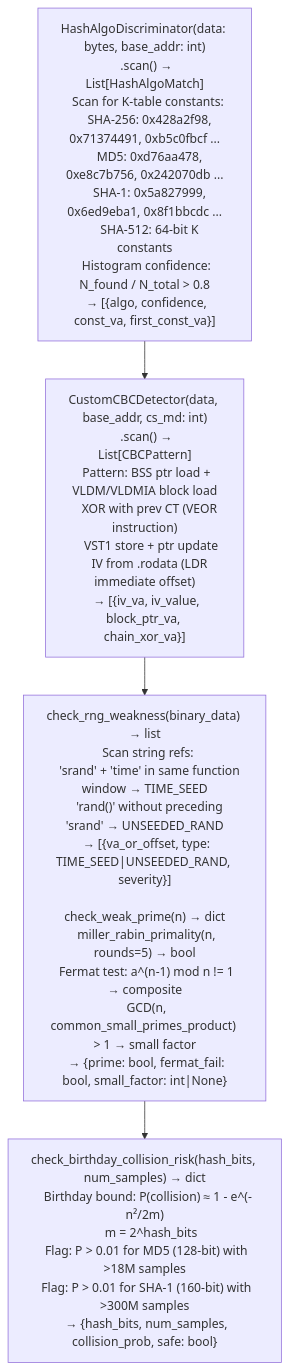
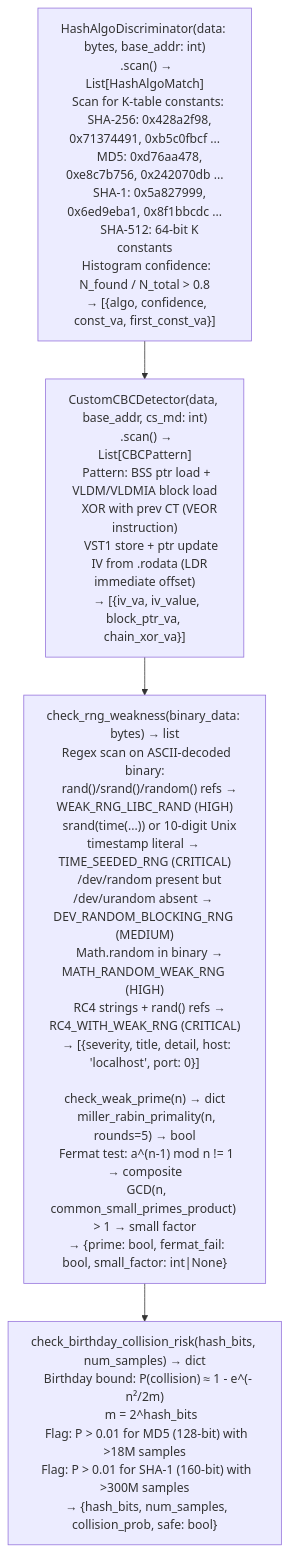
Before and after one commit to Ablation-Tool/ablation: the diagram in docs/reference-modules/rsa-ecdsa-and-randomness-checks.md, drawn with Mermaid. The commit also changed other lines of this file and 2 other files, not shown here.

Commit message:
docs: fix cluster-management, rsa-ecdsa, messaging-streaming API accuracy
cluster-management-exposure.md: fix Usage code to index finding dict
  fields (f['severity'], f['title']) instead of printing raw dict.
  Findings from check_k8s_network_policy_gaps/check_resource_quota_bypass
  are {severity, title, detail, host, port}.

rsa-ecdsa-and-randomness-checks.md: fix check_rng_weakness() Mermaid.
  Actual titles: WEAK_RNG_LIBC_RAND, TIME_SEEDED_RNG, DEV_RANDOM_BLOCKING_RNG,
  MATH_RANDOM_WEAK_RNG, RC4_WITH_WEAK_RNG — not TIME_SEED/UNSEEDED_RAND.
  Returns {severity, title, detail, host: 'localhost', port: 0}.
  Fix example output title to TIME_SEEDED_RNG (CRITICAL not HIGH).

messaging-streaming-enumeration.md: fix kafka_list_topics() return shape.
  Returns dict {host, port, reachable, topics: List[str], error} not
  List[dict] with {topic_name, partitions, replication_factor}. Fix
  api_version: 0 (not 1). Fix check_nats_exposure() returns List[dict]
  with {severity, title, detail, host, port} not {nats_version, auth_required}.
  Fix Usage code to use result['topics'] not list comprehension on dicts.

````diff
--- a/docs/reference-modules/rsa-ecdsa-and-randomness-checks.md
+++ b/docs/reference-modules/rsa-ecdsa-and-randomness-checks.md
@@ -19,6 +19,6 @@
 ```mermaid
 flowchart TD
     A["HashAlgoDiscriminator(data: bytes, base_addr: int)\n  .scan() → List[HashAlgoMatch]\n  Scan for K-table constants:\n    SHA-256: 0x428a2f98, 0x71374491, 0xb5c0fbcf ...\n    MD5: 0xd76aa478, 0xe8c7b756, 0x242070db ...\n    SHA-1: 0x5a827999, 0x6ed9eba1, 0x8f1bbcdc ...\n    SHA-512: 64-bit K constants\n  Histogram confidence: N_found / N_total > 0.8\n  → [{algo, confidence, const_va, first_const_va}]"] --> B["CustomCBCDetector(data, base_addr, cs_md: int)\n  .scan() → List[CBCPattern]\n  Pattern: BSS ptr load + VLDM/VLDMIA block load\n    XOR with prev CT (VEOR instruction)\n    VST1 store + ptr update\n    IV from .rodata (LDR immediate offset)\n  → [{iv_va, iv_value, block_ptr_va, chain_xor_va}]"]
-    B --> C["check_rng_weakness(binary_data) → list\n  Scan string refs:\n    'srand' + 'time' in same function window → TIME_SEED\n    'rand()' without preceding 'srand' → UNSEEDED_RAND\n  → [{va_or_offset, type: TIME_SEED|UNSEEDED_RAND, severity}]\n\ncheck_weak_prime(n) → dict\n  miller_rabin_primality(n, rounds=5) → bool\n  Fermat test: a^(n-1) mod n != 1 → composite\n  GCD(n, common_small_primes_product) > 1 → small factor\n  → {prime: bool, fermat_fail: bool, small_factor: int|None}"]
+    B --> C["check_rng_weakness(binary_data: bytes) → list\n  Regex scan on ASCII-decoded binary:\n    rand()/srand()/random() refs → WEAK_RNG_LIBC_RAND (HIGH)\n    srand(time(...)) or 10-digit Unix timestamp literal → TIME_SEEDED_RNG (CRITICAL)\n    /dev/random present but /dev/urandom absent → DEV_RANDOM_BLOCKING_RNG (MEDIUM)\n    Math.random in binary → MATH_RANDOM_WEAK_RNG (HIGH)\n    RC4 strings + rand() refs → RC4_WITH_WEAK_RNG (CRITICAL)\n  → [{severity, title, detail, host: 'localhost', port: 0}]\n\ncheck_weak_prime(n) → dict\n  miller_rabin_primality(n, rounds=5) → bool\n  Fermat test: a^(n-1) mod n != 1 → composite\n  GCD(n, common_small_primes_product) > 1 → small factor\n  → {prime: bool, fermat_fail: bool, small_factor: int|None}"]
     C --> D["check_birthday_collision_risk(hash_bits, num_samples) → dict\n  Birthday bound: P(collision) ≈ 1 - e^(-n²/2m)\n    m = 2^hash_bits\n  Flag: P > 0.01 for MD5 (128-bit) with >18M samples\n  Flag: P > 0.01 for SHA-1 (160-bit) with >300M samples\n  → {hash_bits, num_samples, collision_prob, safe: bool}"]
 ```
````
